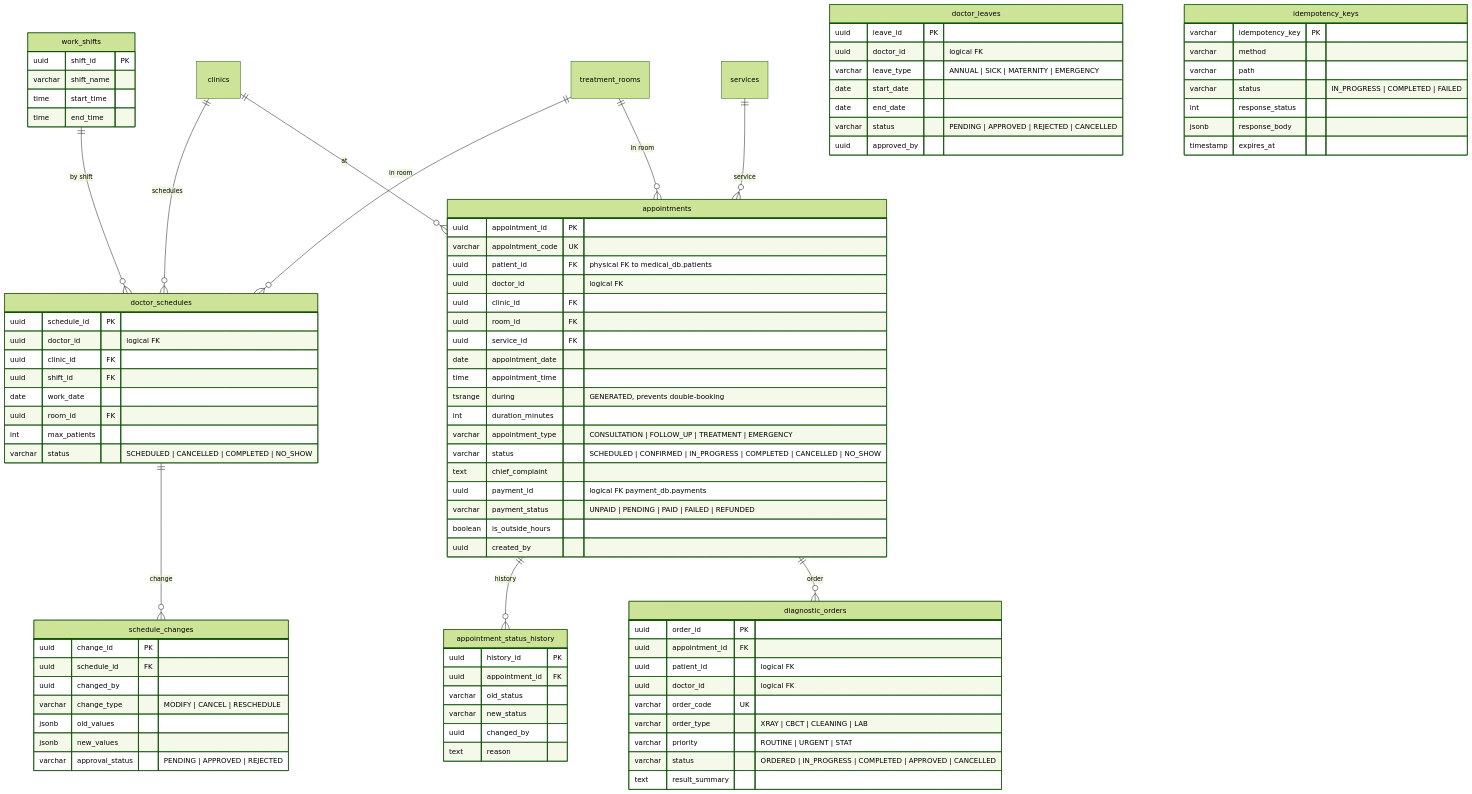
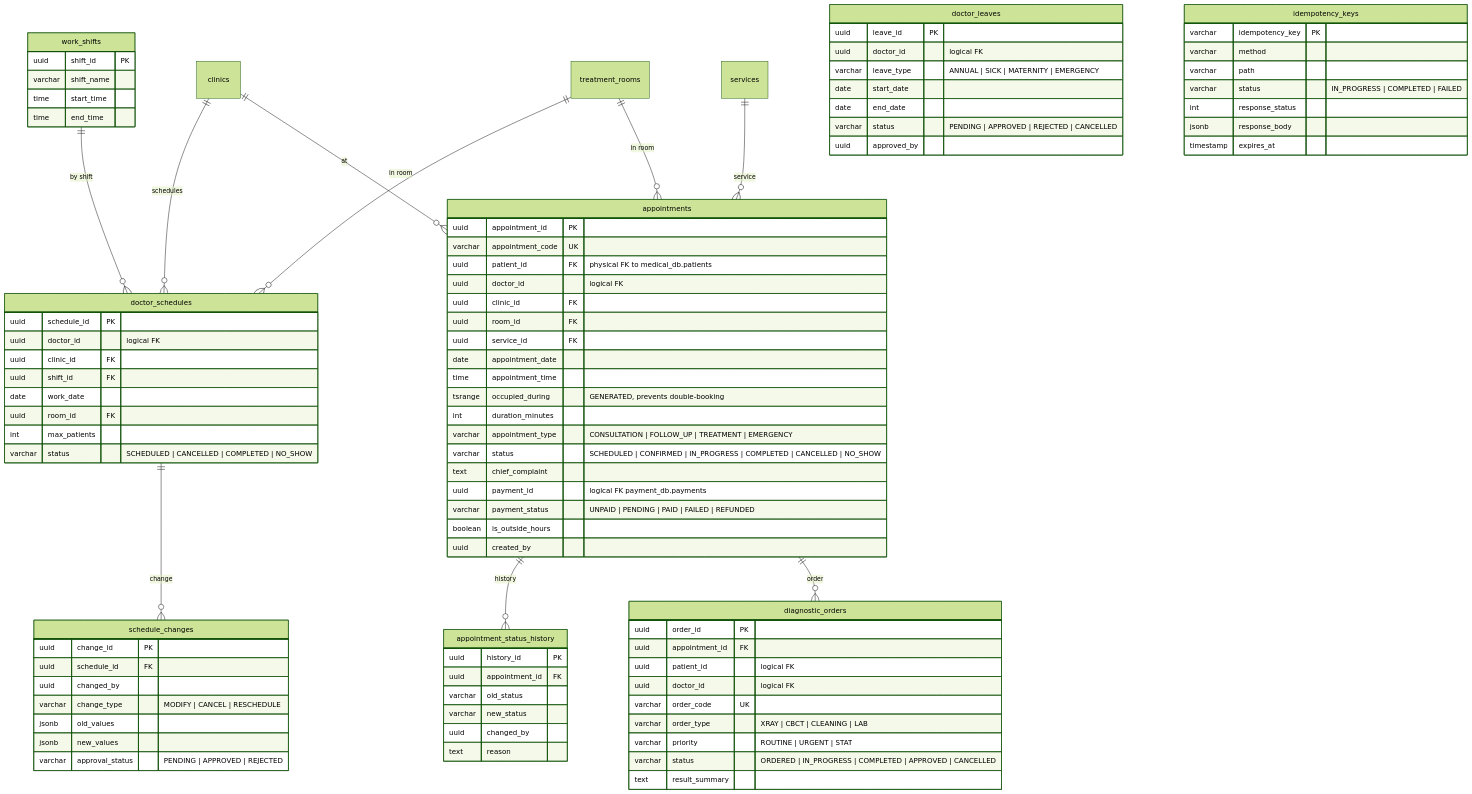
Before and after one commit to LTPPPP/Smart-Medical-Intelligent-Ledger-for-E-health-S.M.I.L.E-: the eighth of 9 diagrams in docs/architecture/erd.md, drawn with Mermaid (forest theme). The commit also changed other lines of this file and 4 other files, not shown here.

First line of the commit message:
update : refresh ERD diagrams and architecture doc to match schemas

```diff
--- a/docs/architecture/erd.md
+++ b/docs/architecture/erd.md
@@ -627,7 +637,7 @@
         uuid service_id FK
         date appointment_date
         time appointment_time
-        tsrange during "GENERATED, prevents double-booking"
+        tsrange occupied_during "GENERATED, prevents double-booking"
         int duration_minutes
         varchar appointment_type "CONSULTATION | FOLLOW_UP | TREATMENT | EMERGENCY"
         varchar status "SCHEDULED | CONFIRMED | IN_PROGRESS | COMPLETED | CANCELLED | NO_SHOW"
```
